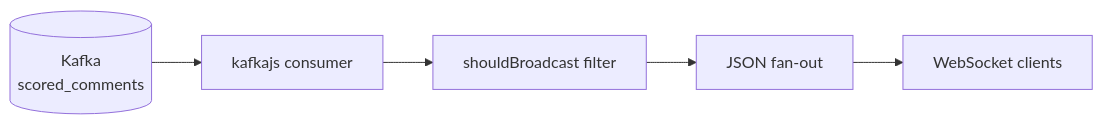
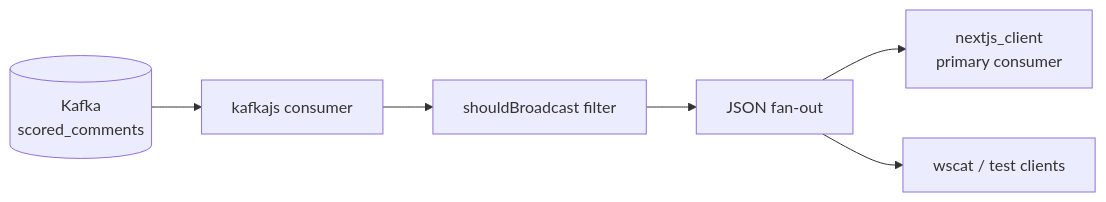
The diagram in docs/websocket_api.md (mj-weshh/realtime-moderation-engine), drawn with Mermaid before and after one commit. The commit also changed other lines of this file and 8 other files, not shown here.

````diff
--- a/docs/websocket_api.md
+++ b/docs/websocket_api.md
@@ -7,7 +7,8 @@
 ```mermaid
 flowchart LR
     kafkaIn[(Kafka<br/>scored_comments)] --> consume[kafkajs consumer]
     consume --> filter[shouldBroadcast filter]
     filter --> broadcast[JSON fan-out]
-    broadcast --> clients[WebSocket clients]
+    broadcast --> dashboard[nextjs_client<br/>primary consumer]
+    broadcast --> debug[wscat / test clients]
 ```
````
